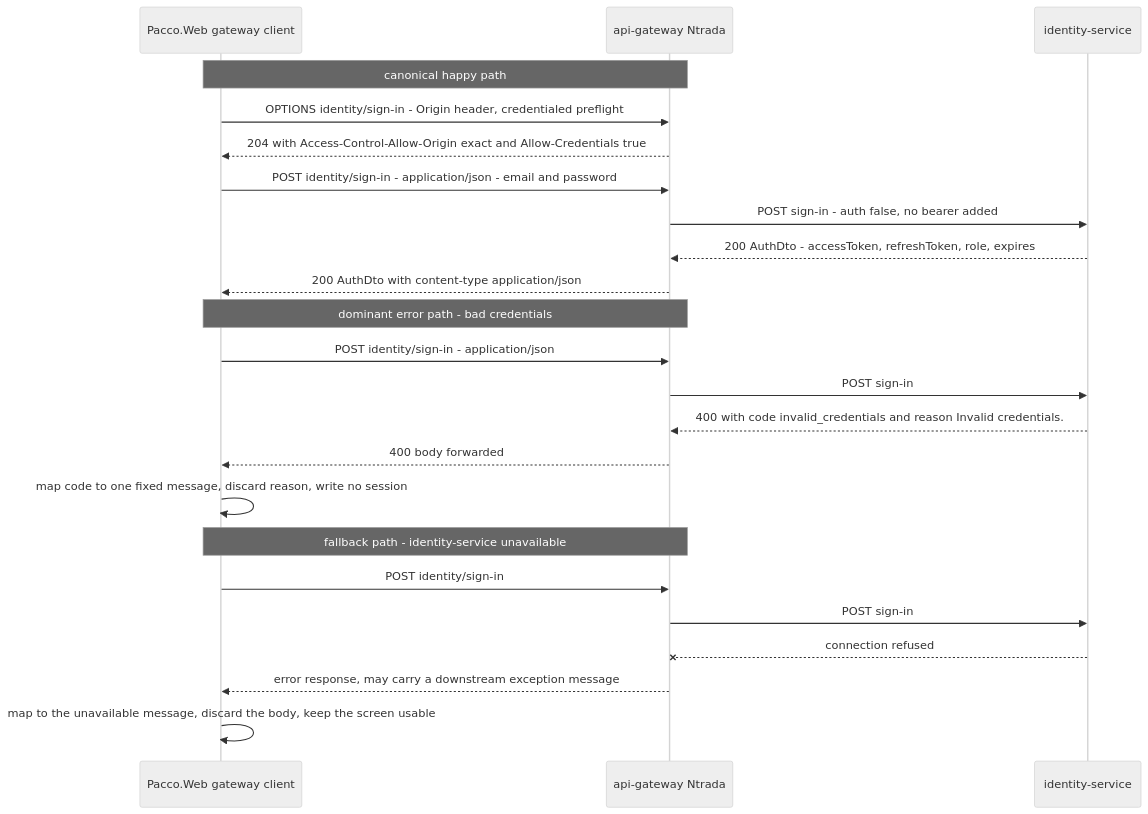
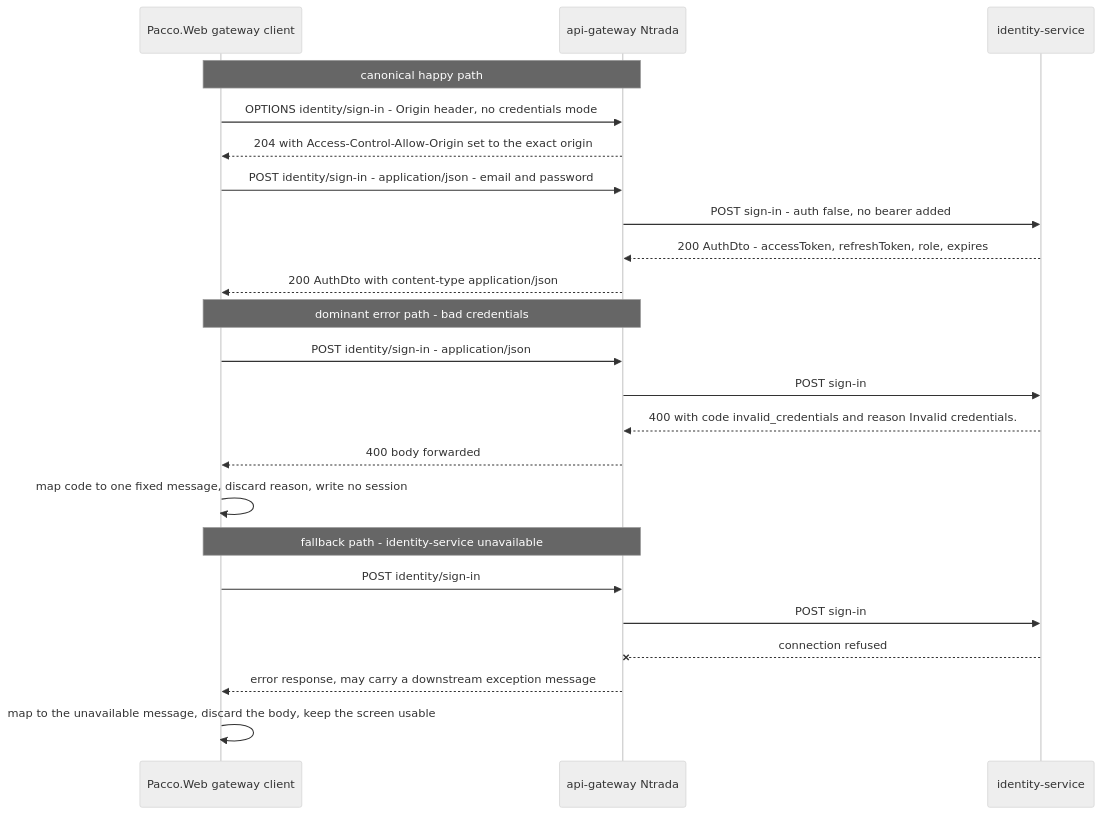
The fourth of 6 diagrams in docs/specs/13652/SPECIFICATION.md (hianshul100/Pacco.Context), drawn with Mermaid (neutral theme) before and after one commit. The commit also changed other lines of this file and 1 other file, not shown here.

First line of the commit message:
docs(13652): resolve credentials mode, add NFR traceability and fix citations

````diff
--- a/docs/specs/13652/SPECIFICATION.md
+++ b/docs/specs/13652/SPECIFICATION.md
@@ -680,28 +690,28 @@
 ```mermaid
 sequenceDiagram
     participant W as Pacco.Web gateway client
     participant GW as api-gateway Ntrada
     participant ID as identity-service
 
     Note over W,GW: canonical happy path
-    W->>GW: OPTIONS identity/sign-in - Origin header, credentialed preflight
-    GW-->>W: 204 with Access-Control-Allow-Origin exact and Allow-Credentials true
+    W->>GW: OPTIONS identity/sign-in - Origin header, no credentials mode
+    GW-->>W: 204 with Access-Control-Allow-Origin set to the exact origin
     W->>GW: POST identity/sign-in - application/json - email and password
     GW->>ID: POST sign-in - auth false, no bearer added
     ID-->>GW: 200 AuthDto - accessToken, refreshToken, role, expires
     GW-->>W: 200 AuthDto with content-type application/json
 
     Note over W,GW: dominant error path - bad credentials
     W->>GW: POST identity/sign-in - application/json
     GW->>ID: POST sign-in
     ID-->>GW: 400 with code invalid_credentials and reason Invalid credentials.
     GW-->>W: 400 body forwarded
     W->>W: map code to one fixed message, discard reason, write no session
 
     Note over W,GW: fallback path - identity-service unavailable
     W->>GW: POST identity/sign-in
     GW->>ID: POST sign-in
     ID--xGW: connection refused
     GW-->>W: error response, may carry a downstream exception message
     W->>W: map to the unavailable message, discard the body, keep the screen usable
 ```
````
